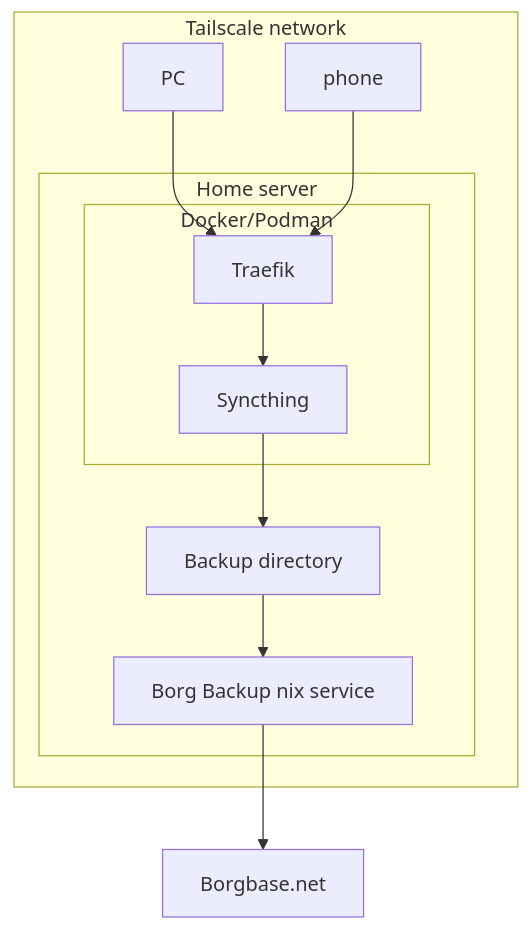
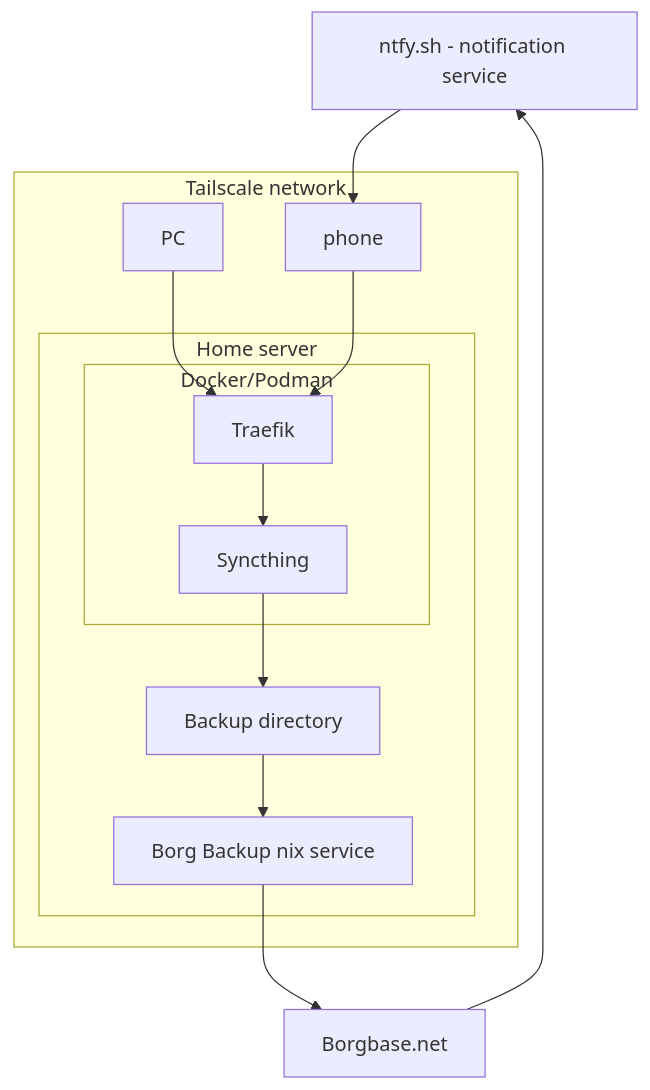
The diagram in src/backups_portable.md (only1thor/tl-dr.no), drawn with Mermaid before and after one commit. The commit also changed other lines of this file, not shown here.

Commit message:
add notification service to diagram

````diff
--- a/src/backups_portable.md
+++ b/src/backups_portable.md
@@ -5,17 +3,21 @@
 ```mermaid
 graph TD;
+    Ntfy["ntfy.sh - notification service"]
     subgraph Tailscale network
         A[PC]     --> T
         C[phone]  --> T
         subgraph Home server
             subgraph Docker/Podman
                 T[Traefik]  --> N[Syncthing]
             end
             B[Borg Backup nix service]
             N --> Bkp[Backup directory]
             Bkp --> B
         end
     end
-  B --> R[Borgbase.net]
-  
+    B --> R[Borgbase.net]
+    R --> Ntfy
+    Ntfy --> C
+    
+    click Ntfy "https://ntfy.sh"
 ```
````
